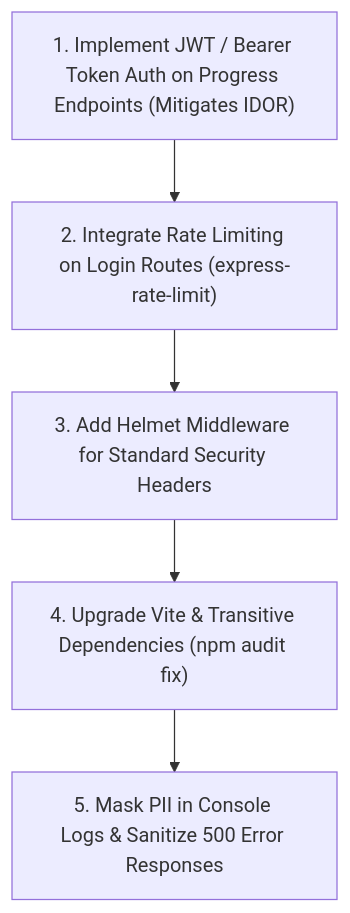
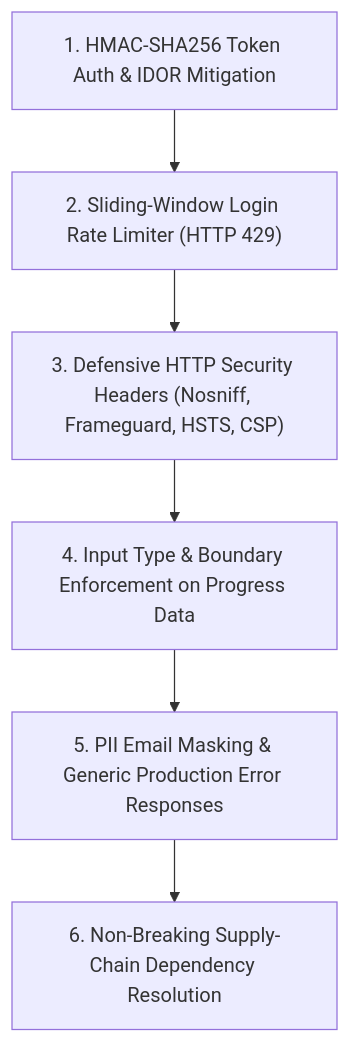
One commit to deepka-nair/codesaga_app changed the diagram in Vulnerability Test Results/executive-summary.md. Above: the diagram before and after it, drawn with Mermaid. The commit also changed other lines of this file and 16 other files, not shown here.

Commit message:
chore(security): remediate SCA vulnerabilities, add IDOR auth guards, and update reports

````diff
--- a/Vulnerability Test Results/executive-summary.md
+++ b/Vulnerability Test Results/executive-summary.md
@@ -43,7 +27,8 @@
 ```mermaid
 graph TD
-    P1["1. Implement JWT / Bearer Token Auth on Progress Endpoints (Mitigates IDOR)"] --> P2["2. Integrate Rate Limiting on Login Routes (express-rate-limit)"]
-    P2 --> P3["3. Add Helmet Middleware for Standard Security Headers"]
-    P3 --> P4["4. Upgrade Vite & Transitive Dependencies (npm audit fix)"]
-    P4 --> P5["5. Mask PII in Console Logs & Sanitize 500 Error Responses"]
+    A["1. HMAC-SHA256 Token Auth & IDOR Mitigation"] --> B["2. Sliding-Window Login Rate Limiter (HTTP 429)"]
+    B --> C["3. Defensive HTTP Security Headers (Nosniff, Frameguard, HSTS, CSP)"]
+    C --> D["4. Input Type & Boundary Enforcement on Progress Data"]
+    D --> E["5. PII Email Masking & Generic Production Error Responses"]
+    E --> F["6. Non-Breaking Supply-Chain Dependency Resolution"]
 ```
````
